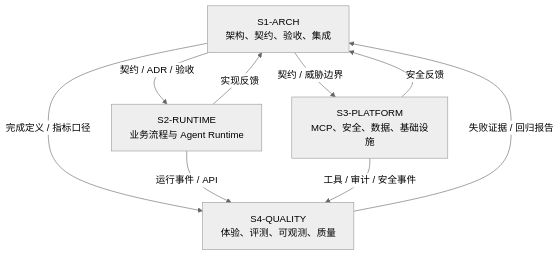
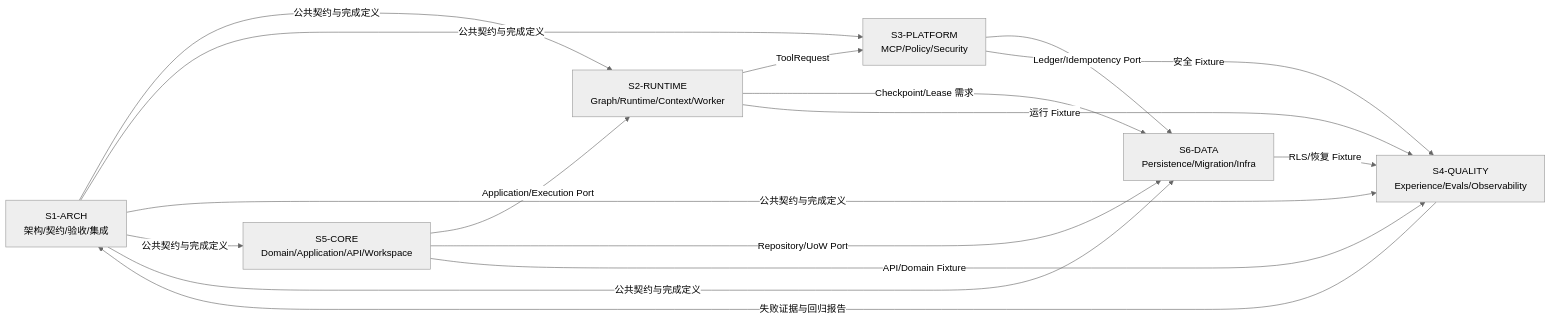
One commit to ClayExc/Multi-agent changed the diagram in docs/team/CODEX_SESSIONS.md. Above: the diagram before and after it, drawn with Mermaid (neutral theme). The commit also changed other lines of this file and 40 other files, not shown here.

Commit message:
docs(architecture): activate six-session M0 baseline [FP-FLOW-001]

````diff
--- a/docs/team/CODEX_SESSIONS.md
+++ b/docs/team/CODEX_SESSIONS.md
@@ -9,16 +9,25 @@
 ```mermaid
-flowchart TB
-    S1["S1-ARCH<br/>架构、契约、验收、集成"]
-    S2["S2-RUNTIME<br/>业务流程与 Agent Runtime"]
-    S3["S3-PLATFORM<br/>MCP、安全、数据、基础设施"]
-    S4["S4-QUALITY<br/>体验、评测、可观测、质量"]
+flowchart LR
+    S1["S1-ARCH<br/>架构/契约/验收/集成"]
+    S5["S5-CORE<br/>Domain/Application/API/Workspace"]
+    S2["S2-RUNTIME<br/>Graph/Runtime/Context/Worker"]
+    S6["S6-DATA<br/>Persistence/Migration/Infra"]
+    S3["S3-PLATFORM<br/>MCP/Policy/Security"]
+    S4["S4-QUALITY<br/>Experience/Evals/Observability"]
 
-    S1 -->|"契约 / ADR / 验收"| S2
-    S1 -->|"契约 / 威胁边界"| S3
-    S1 -->|"完成定义 / 指标口径"| S4
-    S2 -->|"运行事件 / API"| S4
-    S3 -->|"工具 / 审计 / 安全事件"| S4
-    S4 -->|"失败证据 / 回归报告"| S1
-    S2 -->|"实现反馈"| S1
-    S3 -->|"安全反馈"| S1
+    S1 -->|"公共契约与完成定义"| S2
+    S1 -->|"公共契约与完成定义"| S3
+    S1 -->|"公共契约与完成定义"| S4
+    S1 -->|"公共契约与完成定义"| S5
+    S1 -->|"公共契约与完成定义"| S6
+    S5 -->|"Application/Execution Port"| S2
+    S5 -->|"Repository/UoW Port"| S6
+    S2 -->|"ToolRequest"| S3
+    S2 -->|"Checkpoint/Lease 需求"| S6
+    S3 -->|"Ledger/Idempotency Port"| S6
+    S2 -->|"运行 Fixture"| S4
+    S3 -->|"安全 Fixture"| S4
+    S5 -->|"API/Domain Fixture"| S4
+    S6 -->|"RLS/恢复 Fixture"| S4
+    S4 -->|"失败证据与回归报告"| S1
 ```
````
